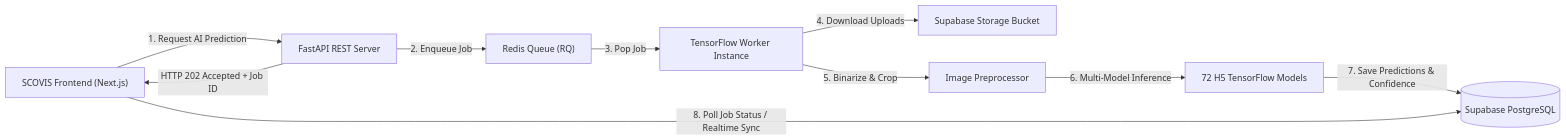
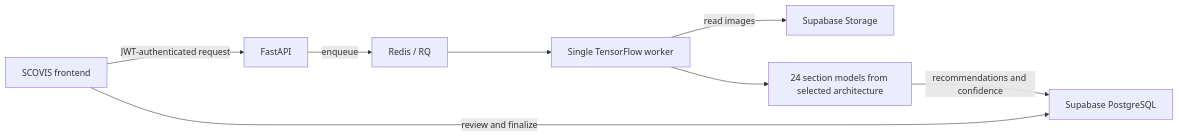
One commit to RaihanHadriansyah21/emathtoco-backend changed the diagram in README.md. Above: the diagram before and after it, drawn with Mermaid. The commit also changed other lines of this file and 1 other file, not shown here.

Commit message:
docs: correct runtime architecture and setup guide

````diff
--- a/README.md
+++ b/README.md
@@ -54,12 +25,10 @@
 ```mermaid
 flowchart LR
-    FE["SCOVIS Frontend (Next.js)"] -->|"1. Request AI Prediction"| API["FastAPI REST Server"]
-    API -->|"2. Enqueue Job"| R["Redis Queue (RQ)"]
-    API -->|"HTTP 202 Accepted + Job ID"| FE
-    R -->|"3. Pop Job"| W["TensorFlow Worker Instance"]
-    W -->|"4. Download Uploads"| SB["Supabase Storage Bucket"]
-    W -->|"5. Binarize & Crop"| PRE["Image Preprocessor"]
-    PRE -->|"6. Multi-Model Inference"| M["72 H5 TensorFlow Models"]
-    M -->|"7. Save Predictions & Confidence"| DB[("Supabase PostgreSQL")]
-    FE -->|"8. Poll Job Status / Realtime Sync"| DB
+    Web["SCOVIS frontend"] -->|"JWT-authenticated request"| API["FastAPI"]
+    API -->|"enqueue"| Redis["Redis / RQ"]
+    Redis --> Worker["Single TensorFlow worker"]
+    Worker -->|"read images"| Storage["Supabase Storage"]
+    Worker --> Models["24 section models from selected architecture"]
+    Models -->|"recommendations and confidence"| Database["Supabase PostgreSQL"]
+    Web -->|"review and finalize"| Database
 ```
````
